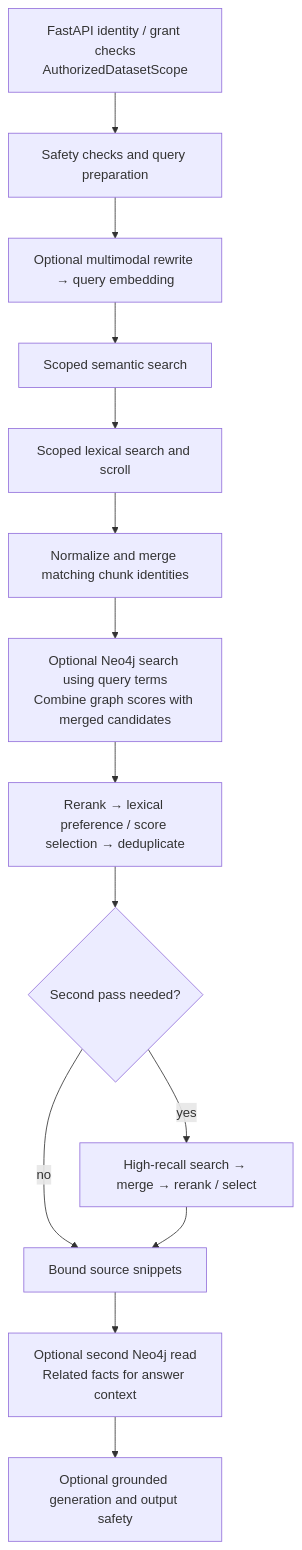
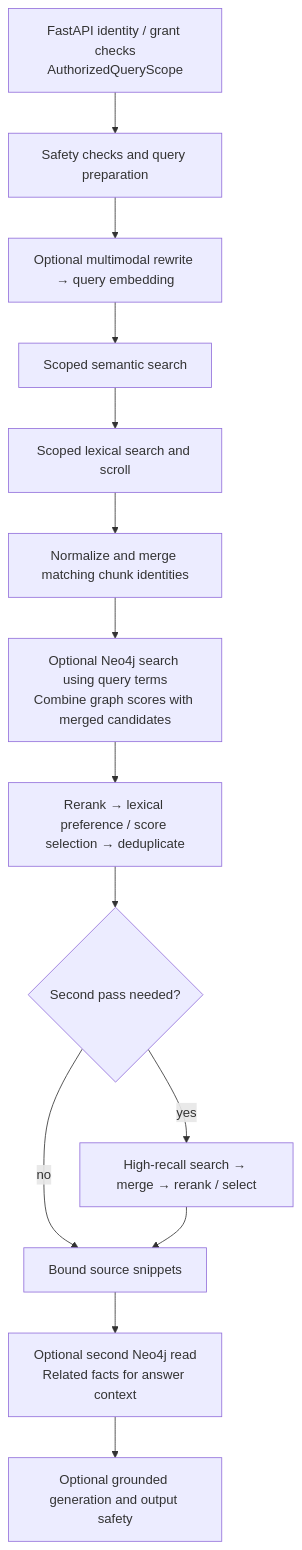
Before and after one commit to hawk-digital-environments/HAWKI-RAG: the diagram in _documentation/Core Concepts/query_retrieval.md, drawn with Mermaid. The commit also changed other lines of this file and 21 other files, not shown here.

````diff
--- a/_documentation/Core Concepts/query_retrieval.md
+++ b/_documentation/Core Concepts/query_retrieval.md
@@ -51,16 +46,16 @@
 ```mermaid
 flowchart TB
-    Scope["FastAPI identity / grant checks<br/>AuthorizedDatasetScope"] --> Prepare["Safety checks and query preparation"]
+    Scope["FastAPI identity / grant checks<br/>AuthorizedQueryScope"] --> Prepare["Safety checks and query preparation"]
     Prepare --> Rewrite["Optional multimodal rewrite → query embedding"]
     Rewrite --> Dense["Scoped semantic search"]
     Dense --> Lexical["Scoped lexical search and scroll"]
     Lexical --> Merge["Normalize and merge matching chunk identities"]
     Merge --> Graph["Optional Neo4j search using query terms<br/>Combine graph scores with merged candidates"]
     Graph --> Rank["Rerank → lexical preference / score selection → deduplicate"]
     Rank --> Expand{"Second pass needed?"}
     Expand -->|"yes"| Recall["High-recall search → merge → rerank / select"]
     Expand -->|"no"| Context["Bound source snippets"]
     Recall --> Context
     Context --> KG["Optional second Neo4j read<br/>Related facts for answer context"]
     KG --> Answer["Optional grounded generation and output safety"]
 ```
````
